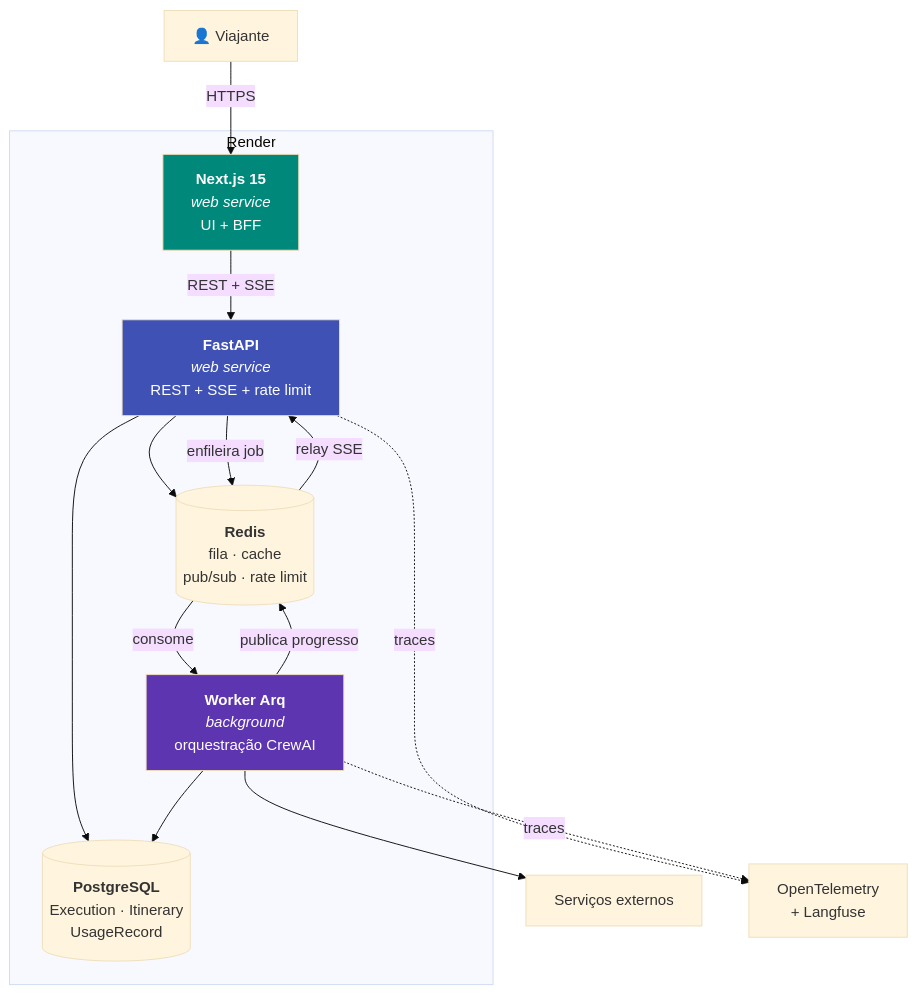
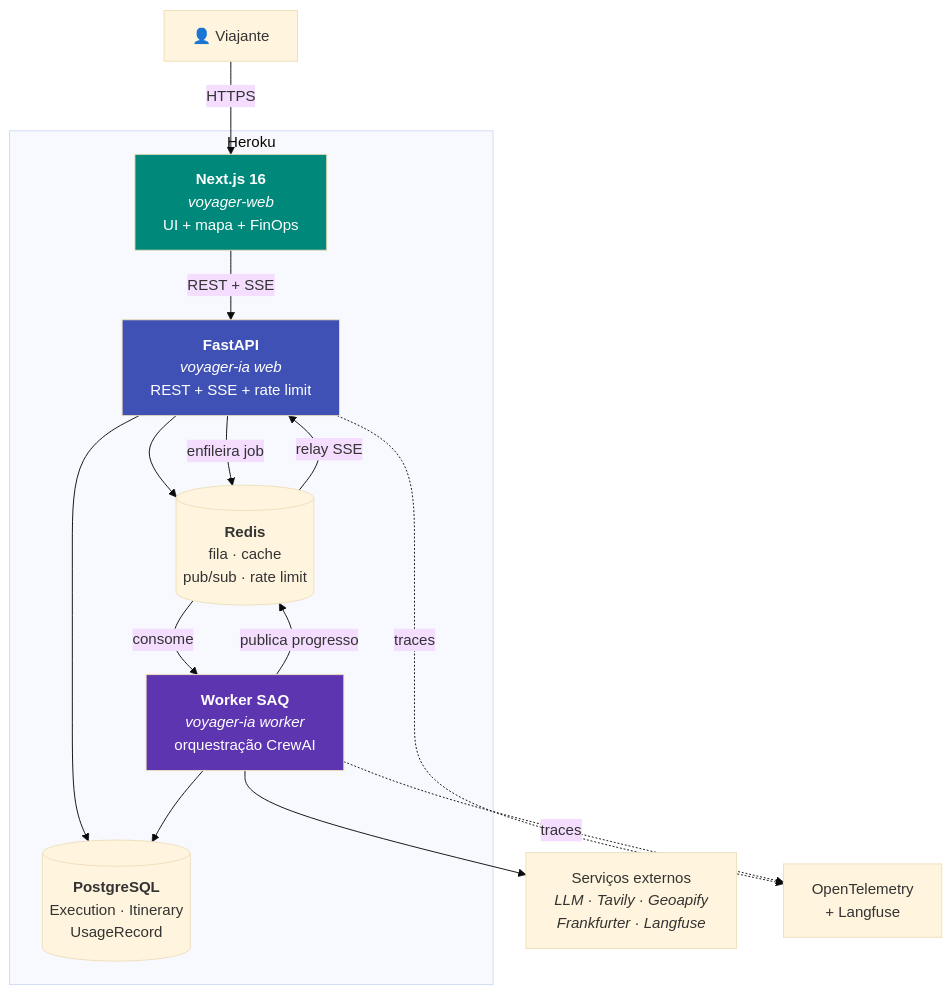
The diagram in docs/architecture/containers.md (henriquebotelhogomes/agencia_viagens_ia), drawn with Mermaid (base theme) before and after one commit. The commit also changed other lines of this file and 17 other files, not shown here.

````diff
--- a/docs/architecture/containers.md
+++ b/docs/architecture/containers.md
@@ -32,32 +5,32 @@
 ```mermaid
 graph TB
     U["👤 Viajante"]
 
-    subgraph render["Render"]
-        FE["<b>Next.js 15</b><br/><i>web service</i><br/>UI + BFF"]
-        API["<b>FastAPI</b><br/><i>web service</i><br/>REST + SSE + rate limit"]
-        WK["<b>Worker Arq</b><br/><i>background</i><br/>orquestração CrewAI"]
+    subgraph heroku["Heroku"]
+        FE["<b>Next.js 16</b><br/><i>voyager-web</i><br/>UI + mapa + FinOps"]
+        API["<b>FastAPI</b><br/><i>voyager-ia web</i><br/>REST + SSE + rate limit"]
+        WK["<b>Worker SAQ</b><br/><i>voyager-ia worker</i><br/>orquestração CrewAI"]
         PG[("<b>PostgreSQL</b><br/>Execution · Itinerary<br/>UsageRecord")]
         RD[("<b>Redis</b><br/>fila · cache<br/>pub/sub · rate limit")]
     end
 
-    EXT["Serviços externos"]
+    EXT["Serviços externos<br/><i>LLM · Tavily · Geoapify<br/>Frankfurter · Langfuse</i>"]
     OTEL["OpenTelemetry<br/>+ Langfuse"]
 
     U -->|HTTPS| FE
     FE -->|"REST + SSE"| API
     API --> PG
     API --> RD
     API -->|enfileira job| RD
     RD -->|consome| WK
     WK --> EXT
     WK --> PG
     WK -->|"publica progresso"| RD
     RD -->|"relay SSE"| API
     API -.traces.-> OTEL
     WK -.traces.-> OTEL
 
     style FE fill:#00897b,color:#fff
     style API fill:#3f51b5,color:#fff
     style WK fill:#5e35b1,color:#fff
 ```
````
